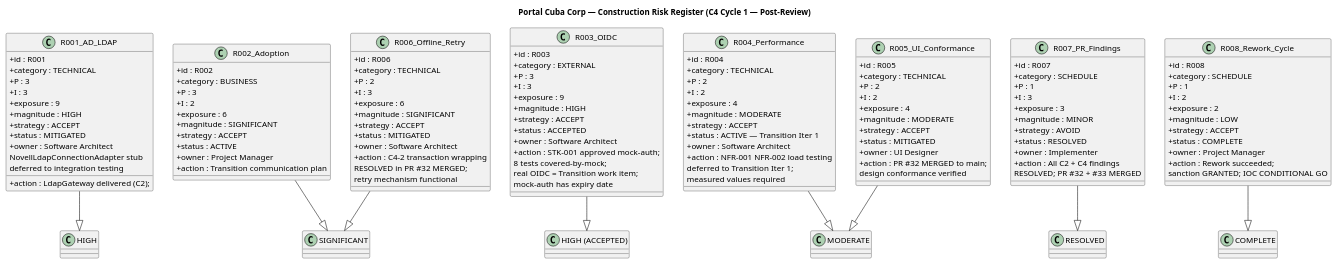
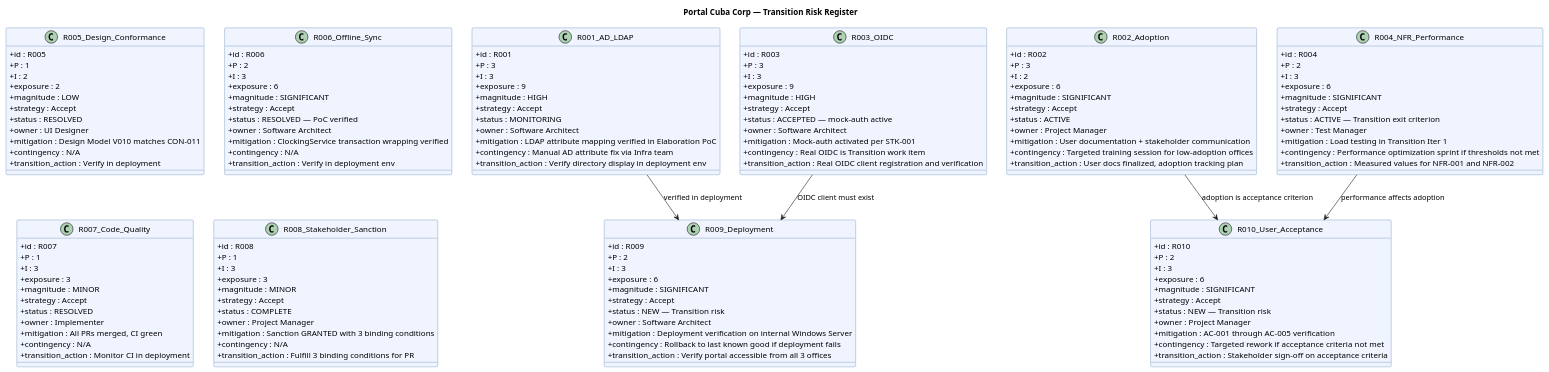
Before and after one commit to banense-test/portal-cuba-corp: the diagram in docs/artifacts/project-management/risk-list.md, drawn with PlantUML. The commit also changed other lines of this file, not shown here.

Commit message:
Project Manager [T1]: upsert Risk List
[skip ci]

````diff
--- a/docs/artifacts/project-management/risk-list.md
+++ b/docs/artifacts/project-management/risk-list.md
@@ -26,133 +29,155 @@
 ```plantuml
 @startuml
-title Portal Cuba Corp — Construction Risk Register (C4 Cycle 1 — Post-Review)
+title Portal Cuba Corp — Transition Risk Register
 
 skinparam classAttributeIconSize 0
+skinparam classBackgroundColor #F0F4FF
+skinparam classBorderColor #336699
 
 class R001_AD_LDAP {
   + id : R001
-  + category : TECHNICAL
   + P : 3
   + I : 3
   + exposure : 9
   + magnitude : HIGH
-  + strategy : ACCEPT
-  + status : MITIGATED
+  + strategy : Accept
+  + status : MONITORING
   + owner : Software Architect
-  + action : LdapGateway delivered (C2);
-    NovellLdapConnectionAdapter stub
-    deferred to integration testing
+  + mitigation : LDAP attribute mapping verified in Elaboration PoC
+  + contingency : Manual AD attribute fix via Infra team
+  + transition_action : Verify directory display in deployment env
 }
 
 class R002_Adoption {
   + id : R002
-  + category : BUSINESS
   + P : 3
   + I : 2
   + exposure : 6
   + magnitude : SIGNIFICANT
-  + strategy : ACCEPT
+  + strategy : Accept
   + status : ACTIVE
   + owner : Project Manager
-  + action : Transition communication plan
+  + mitigation : User documentation + stakeholder communication
+  + contingency : Targeted training session for low-adoption offices
+  + transition_action : User docs finalized, adoption tracking plan
 }
 
 class R003_OIDC {
   + id : R003
-  + category : EXTERNAL
   + P : 3
   + I : 3
   + exposure : 9
   + magnitude : HIGH
-  + strategy : ACCEPT
-  + status : ACCEPTED
+  + strategy : Accept
+  + status : ACCEPTED — mock-auth active
   + owner : Software Architect
-  + action : STK-001 approved mock-auth;
-    8 tests covered-by-mock;
-    real OIDC = Transition work item;
-    mock-auth has expiry date
+  + mitigation : Mock-auth activated per STK-001
+  + contingency : Real OIDC is Transition work item
+  + transition_action : Real OIDC client registration and verification
 }
 
-class R004_Performance {
+class R004_NFR_Performance {
   + id : R004
-  + category : TECHNICAL
-  + P : 2
-  + I : 2
-  + exposure : 4
-  + magnitude : MODERATE
-  + strategy : ACCEPT
-  + status : ACTIVE — Transition Iter 1
-  + owner : Software Architect
-  + action : NFR-001 NFR-002 load testing
-    deferred to Transition Iter 1;
-    measured values required
-}
-
-class R005_UI_Conformance {
-  + id : R005
-  + category : TECHNICAL
-  + P : 2
-  + I : 2
-  + exposure : 4
-  + magnitude : MODERATE
-  + strategy : ACCEPT
-  + status : MITIGATED
-  + owner : UI Designer
-  + action : PR #32 MERGED to main;
-    design conformance verified
-}
-
-class R006_Offline_Retry {
-  + id : R006
-  + category : TECHNICAL
   + P : 2
   + I : 3
   + exposure : 6
   + magnitude : SIGNIFICANT
-  + strategy : ACCEPT
-  + status : MITIGATED
-  + owner : Software Architect
-  + action : C4-2 transaction wrapping
-    RESOLVED in PR #32 MERGED;
-    retry mechanism functional
+  + strategy : Accept
+  + status : ACTIVE — Transition exit criterion
+  + owner : Test Manager
+  + mitigation : Load testing in Transition Iter 1
+  + contingency : Performance optimization sprint if thresholds not met
+  + transition_action : Measured values for NFR-001 and NFR-002
 }
 
-class R007_PR_Findings {
+class R005_Design_Conformance {
+  + id : R005
+  + P : 1
+  + I : 2
+  + exposure : 2
+  + magnitude : LOW
+  + strategy : Accept
+  + status : RESOLVED
+  + owner : UI Designer
+  + mitigation : Design Model V010 matches CON-011
+  + contingency : N/A
+  + transition_action : Verify in deployment
+}
+
+class R006_Offline_Sync {
+  + id : R006
+  + P : 2
+  + I : 3
+  + exposure : 6
+  + magnitude : SIGNIFICANT
+  + strategy : Accept
+  + status : RESOLVED — PoC verified
+  + owner : Software Architect
+  + mitigation : ClockingService transaction wrapping verified
+  + contingency : N/A
+  + transition_action : Verify in deployment env
+}
+
+class R007_Code_Quality {
   + id : R007
-  + category : SCHEDULE
   + P : 1
   + I : 3
   + exposure : 3
   + magnitude : MINOR
-  + strategy : AVOID
+  + strategy : Accept
   + status : RESOLVED
   + owner : Implementer
-  + action : All C2 + C4 findings
-    RESOLVED; PR #32 + #33 MERGED
+  + mitigation : All PRs merged, CI green
+  + contingency : N/A
+  + transition_action : Monitor CI in deployment
 }
 
-class R008_Rework_Cycle {
+class R008_Stakeholder_Sanction {
   + id : R008
-  + category : SCHEDULE
   + P : 1
-  + I : 2
-  + exposure : 2
-  + magnitude : LOW
-  + strategy : ACCEPT
+  + I : 3
+  + exposure : 3
+  + magnitude : MINOR
+  + strategy : Accept
   + status : COMPLETE
   + owner : Project Manager
-  + action : Rework succeeded;
-    sanction GRANTED; IOC CONDITIONAL GO
+  + mitigation : Sanction GRANTED with 3 binding conditions
+  + contingency : N/A
+  + transition_action : Fulfill 3 binding conditions for PR
 }
 
-R001_AD_LDAP --|> "HIGH"
-R002_Adoption --|> "SIGNIFICANT"
-R003_OIDC --|> "HIGH (ACCEPTED)"
-R004_Performance --|> "MODERATE"
-R005_UI_Conformance --|> "MODERATE"
-R006_Offline_Retry --|> "SIGNIFICANT"
-R007_PR_Findings --|> "RESOLVED"
-R008_Rework_Cycle --|> "COMPLETE"
+class R009_Deployment {
+  + id : R009
+  + P : 2
+  + I : 3
+  + exposure : 6
+  + magnitude : SIGNIFICANT
+  + strategy : Accept
+  + status : NEW — Transition risk
+  + owner : Software Architect
+  + mitigation : Deployment verification on internal Windows Server
+  + contingency : Rollback to last known good if deployment fails
+  + transition_action : Verify portal accessible from all 3 offices
+}
+
+class R010_User_Acceptance {
+  + id : R010
+  + P : 2
+  + I : 3
+  + exposure : 6
+  + magnitude : SIGNIFICANT
+  + strategy : Accept
+  + status : NEW — Transition risk
+  + owner : Project Manager
+  + mitigation : AC-001 through AC-005 verification
+  + contingency : Targeted rework if acceptance criteria not met
+  + transition_action : Stakeholder sign-off on acceptance criteria
+}
+
+R001_AD_LDAP --> R009_Deployment : "verified in deployment"
+R003_OIDC --> R009_Deployment : "OIDC client must exist"
+R004_NFR_Performance --> R010_User_Acceptance : "performance affects adoption"
+R002_Adoption --> R010_User_Acceptance : "adoption is acceptance criterion"
 
 @enduml
 ```
````
